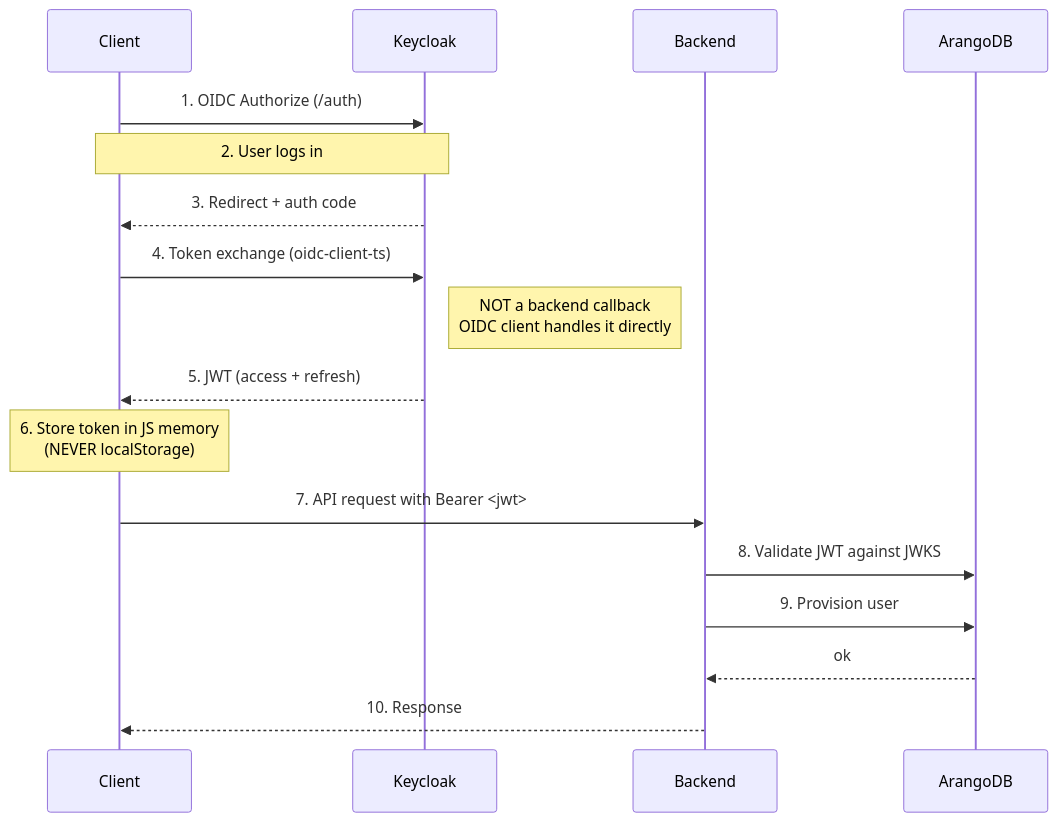
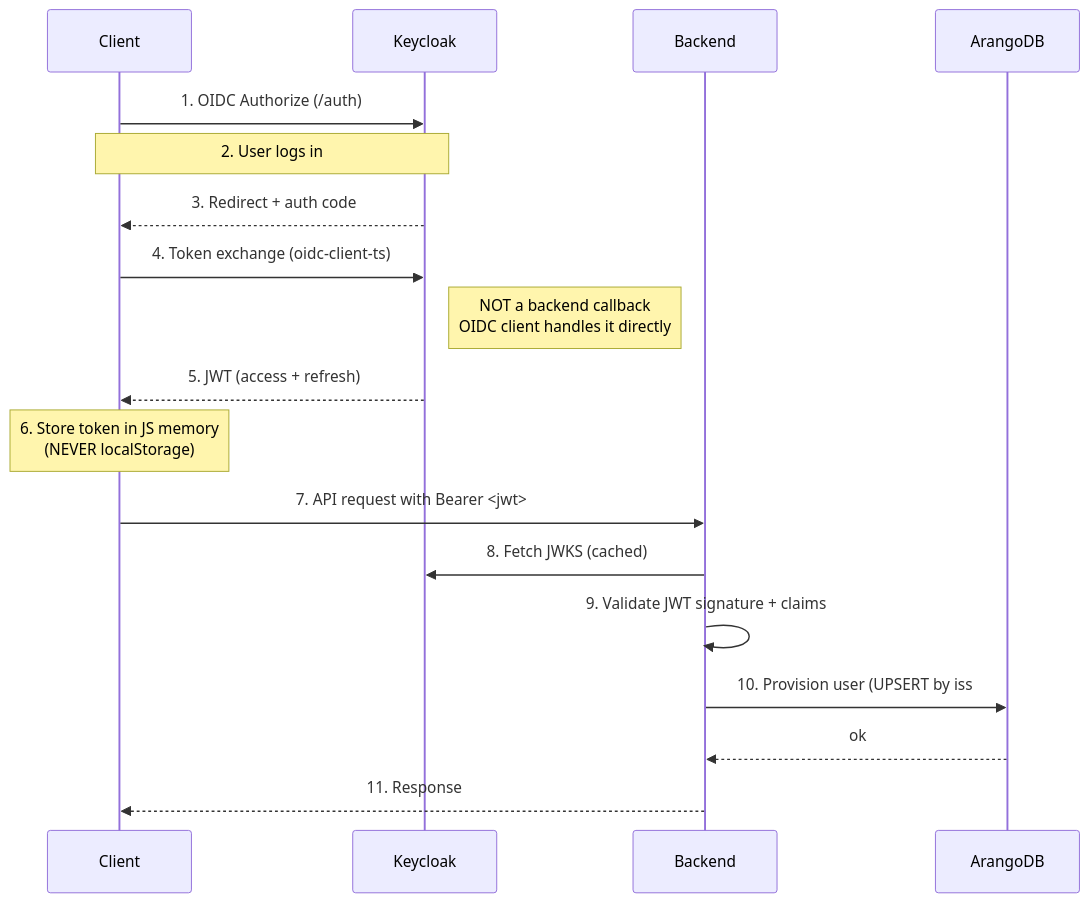
One commit to jrevillard/genie-ai-replica changed the fourth of 7 diagrams in site/content/en/docs/core/integration-architecture.md. Above: the diagram before and after it, drawn with Mermaid. The commit also changed other lines of this file and 1 other file, not shown here.

Commit message:
fix(docs): correct 3 Mermaid architecture errors found by Wave 69 audit
Wave 69 (single-agent, parallel structure oversight) caught three
errors Wave 68 missed:

P0-1 — JWT validation misattributed to ArangoDB in the Auth sequence
diagram (integration-architecture.md L909-930). The diagram had
`participant DB as ArangoDB` then drew `B->>DB: 8. Validate JWT
against JWKS`. Real validation fetches JWKS from Keycloak via
`createRemoteJWKSet` (keycloak-auth-service.js:59) — ArangoDB
does not implement JWKS. Fixed by adding the JWKS step against
Keycloak, moving the provision user step to its own DB edge, and
renumbering.

P1-1 — System Overview (integration-architecture.md L94) had
`ChatQnA --> Dataprep`. ChatQnA is query-time; Dataprep is
ingestion-time called by Document Repository. ChatQnA has no
reference to Dataprep in the source. Removed the spurious arrow.

P1-2 — quickstart-developer.md dev-stack overview had `Kong -->
Frontend`. NGINX serves the SPA via `location /` proxy to
$frontend_addr (default.conf.template L199-229); Kong is API-only
(`/api/*` and `/auth/*`). Replaced with `Nginx --> Frontend`
(`location /` for static assets).

````diff
--- a/site/content/en/docs/core/integration-architecture.md
+++ b/site/content/en/docs/core/integration-architecture.md
@@ -909,22 +908,23 @@
 ```mermaid
 sequenceDiagram
     participant C as Client
     participant K as Keycloak
     participant B as Backend
     participant DB as ArangoDB
 
     C->>K: 1. OIDC Authorize (/auth)
     Note over C,K: 2. User logs in
     K-->>C: 3. Redirect + auth code
     C->>K: 4. Token exchange (oidc-client-ts)
     Note right of K: NOT a backend callback<br/>OIDC client handles it directly
     K-->>C: 5. JWT (access + refresh)
 
     Note over C: 6. Store token in JS memory<br/>(NEVER localStorage)
 
     C->>B: 7. API request with Bearer <jwt>
-    B->>DB: 8. Validate JWT against JWKS
-    B->>DB: 9. Provision user
+    B->>K: 8. Fetch JWKS (cached)
+    B->>B: 9. Validate JWT signature + claims
+    B->>DB: 10. Provision user (UPSERT by iss#sub)
     DB-->>B: ok
-    B-->>C: 10. Response
+    B-->>C: 11. Response
 ```
````
